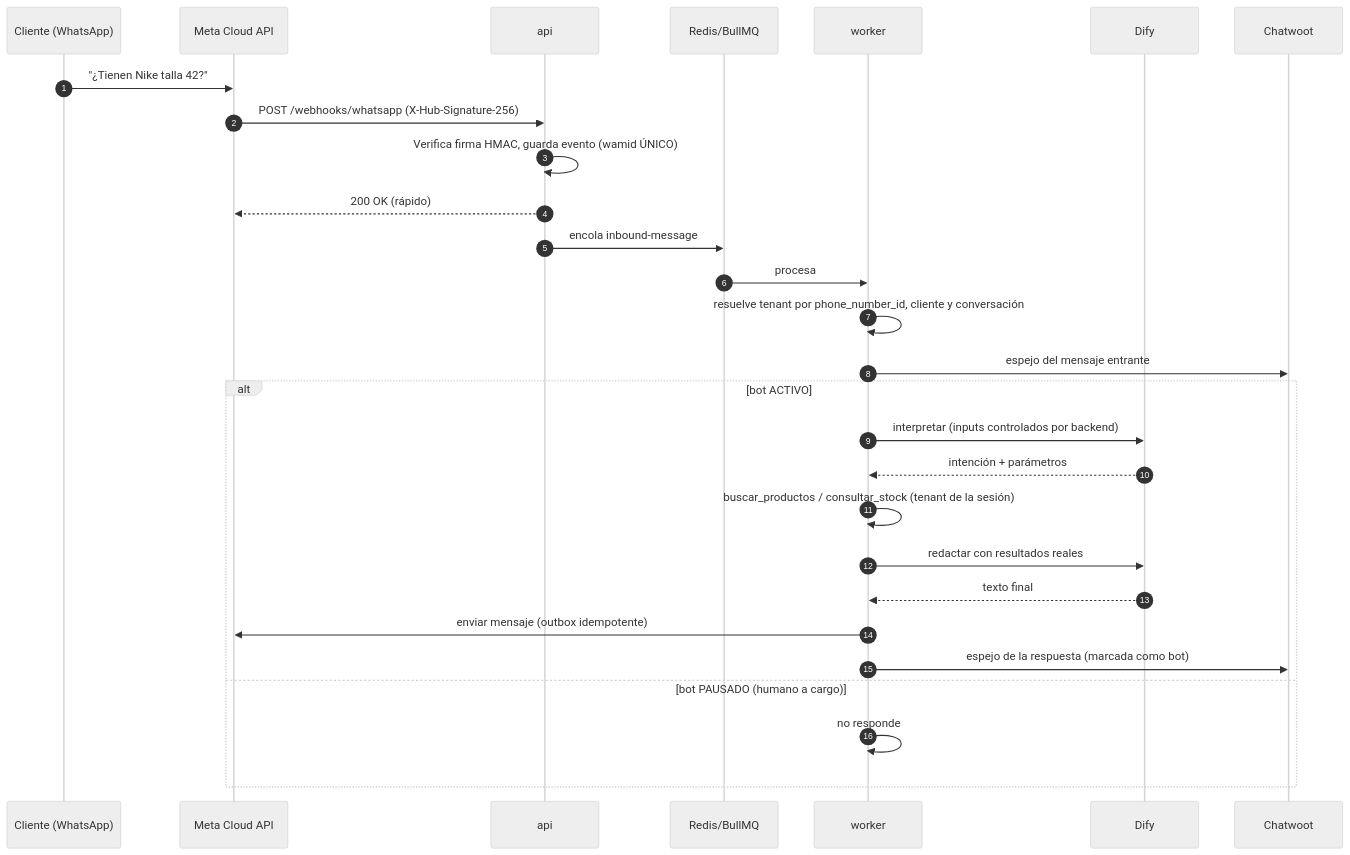
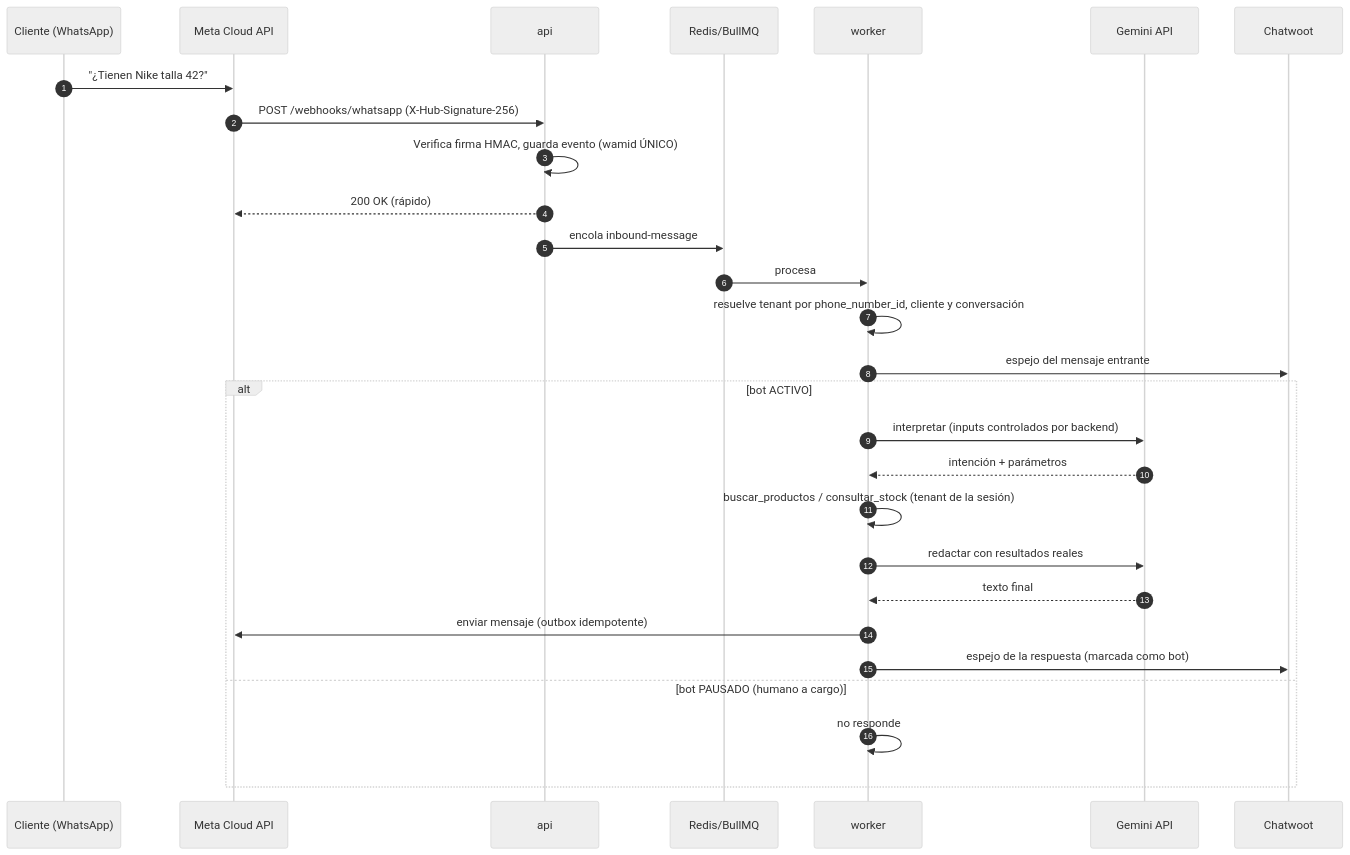
The second of 4 diagrams in docs/architecture/ARCHITECTURE.md (ERICK-SILVA-AYQUIPA/AUTOMATION), drawn with Mermaid (neutral theme) before and after one commit. The commit also changed other lines of this file and 24 other files, not shown here.

````diff
--- a/docs/architecture/ARCHITECTURE.md
+++ b/docs/architecture/ARCHITECTURE.md
@@ -139,30 +140,30 @@
 ```mermaid
 sequenceDiagram
   autonumber
   participant C as Cliente (WhatsApp)
   participant M as Meta Cloud API
   participant A as api
   participant Q as Redis/BullMQ
   participant W as worker
-  participant D as Dify
+  participant D as Gemini API
   participant CW as Chatwoot
   C->>M: "¿Tienen Nike talla 42?"
   M->>A: POST /webhooks/whatsapp (X-Hub-Signature-256)
   A->>A: Verifica firma HMAC, guarda evento (wamid ÚNICO)
   A-->>M: 200 OK (rápido)
   A->>Q: encola inbound-message
   Q->>W: procesa
   W->>W: resuelve tenant por phone_number_id, cliente y conversación
   W->>CW: espejo del mensaje entrante
   alt bot ACTIVO
     W->>D: interpretar (inputs controlados por backend)
     D-->>W: intención + parámetros
     W->>W: buscar_productos / consultar_stock (tenant de la sesión)
     W->>D: redactar con resultados reales
     D-->>W: texto final
     W->>M: enviar mensaje (outbox idempotente)
     W->>CW: espejo de la respuesta (marcada como bot)
   else bot PAUSADO (humano a cargo)
     W->>W: no responde
   end
 ```
````
